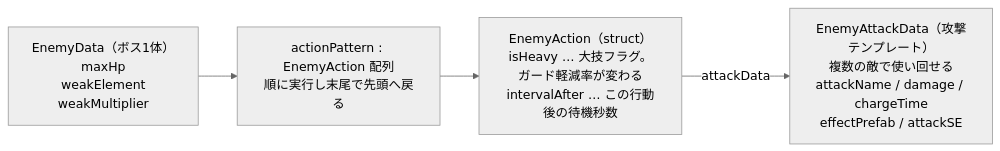
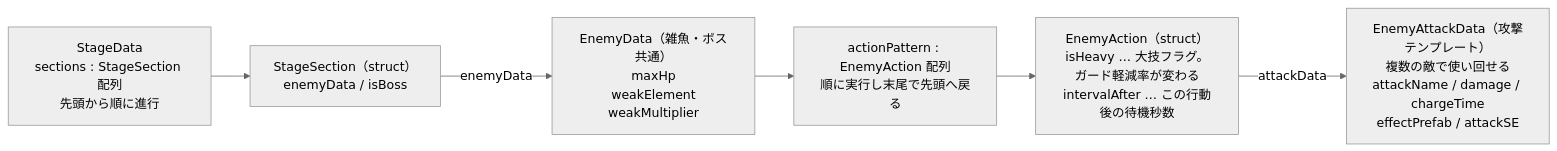
Before and after one commit to Kapi0622/MUDRA: the first of 4 diagrams in MUDRA/docs/architecture/02_battle_system.md, drawn with Mermaid (neutral theme). The commit also changed other lines of this file and 5 other files, not shown here.

````diff
--- a/MUDRA/docs/architecture/02_battle_system.md
+++ b/MUDRA/docs/architecture/02_battle_system.md
@@ -35,9 +35,12 @@
 ```mermaid
 flowchart LR
-    ED["EnemyData（ボス1体）<br/>maxHp<br/>weakElement<br/>weakMultiplier"]
+    SD["StageData<br/>sections : StageSection 配列<br/>先頭から順に進行"]
+    SS["StageSection（struct）<br/>enemyData / isBoss"]
+    ED["EnemyData（雑魚・ボス共通）<br/>maxHp<br/>weakElement<br/>weakMultiplier"]
     AP["actionPattern : EnemyAction 配列<br/>順に実行し末尾で先頭へ戻る"]
     EA["EnemyAction（struct）<br/>isHeavy … 大技フラグ。ガード軽減率が変わる<br/>intervalAfter … この行動後の待機秒数"]
     AD["EnemyAttackData（攻撃テンプレート）<br/>複数の敵で使い回せる<br/>attackName / damage / chargeTime<br/>effectPrefab / attackSE"]
 
+    SD --> SS -->|"enemyData"| ED
     ED --> AP --> EA -->|"attackData"| AD
 ```
````
